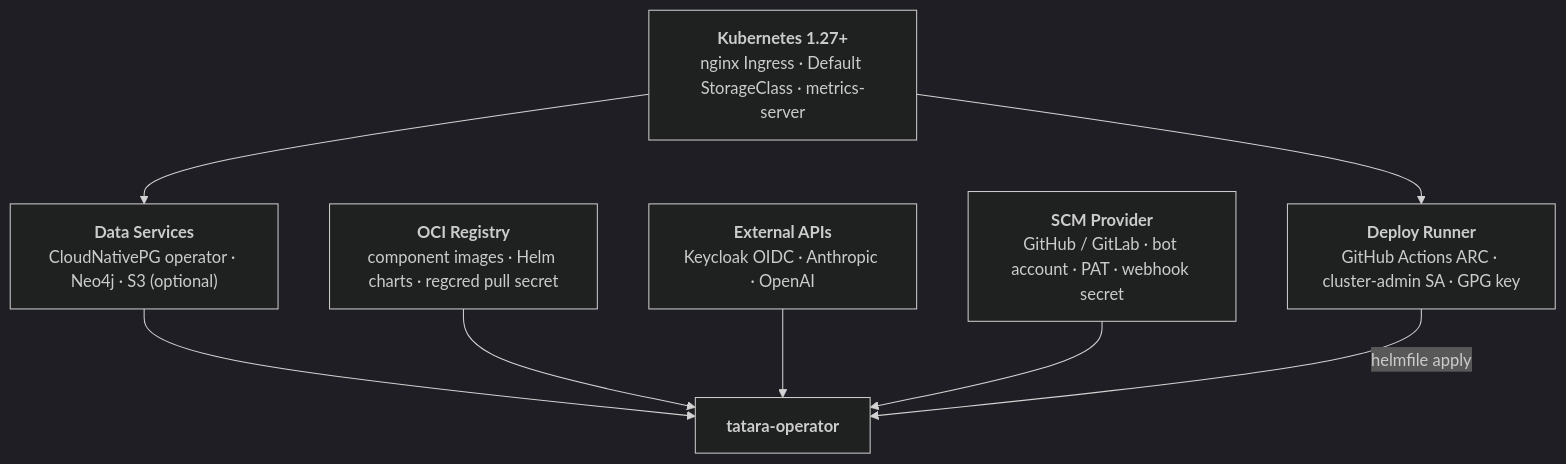
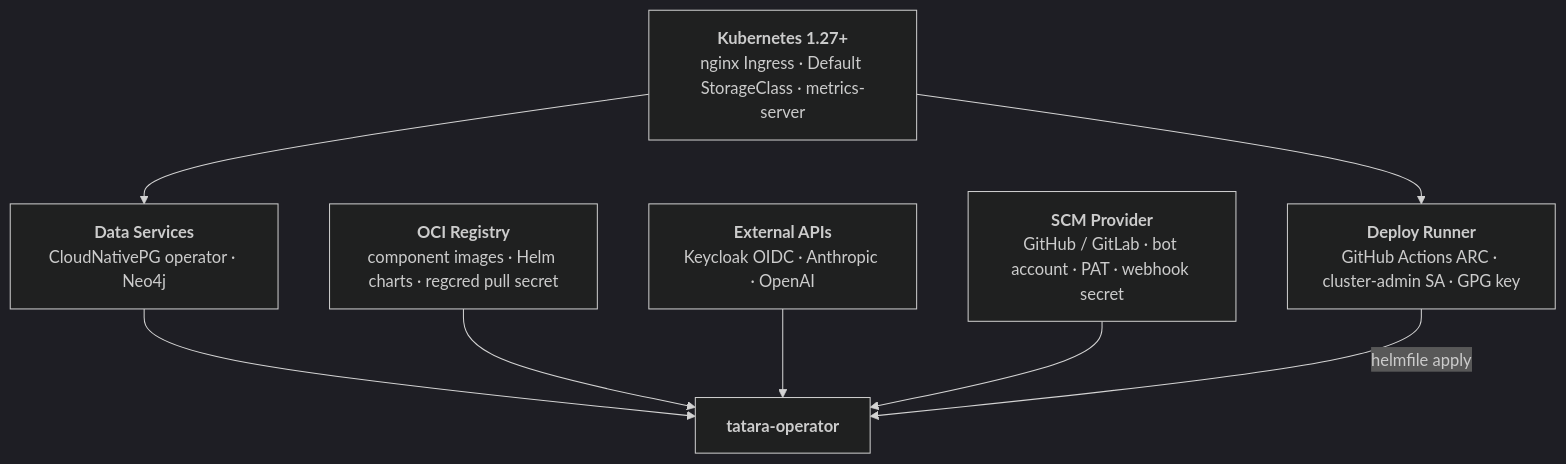
Before and after one commit to szymonrychu/tatara-documentation: the diagram in docs/getting-started/prerequisites.md, drawn with Mermaid (dark theme). The commit also changed other lines of this file and 63 other files, not shown here.

First line of the commit message:
feat!: document the task-centric architecture (Issue/MergeRequest CRs, stage machine, operator merge) (#19)

````diff
--- a/docs/getting-started/prerequisites.md
+++ b/docs/getting-started/prerequisites.md
@@ -43,17 +42,17 @@
 ```mermaid
 graph TD
     K8S["<b>Kubernetes 1.27+</b><br/>nginx Ingress &middot; Default StorageClass &middot; metrics-server"]
-    DS["<b>Data Services</b><br/>CloudNativePG operator &middot; Neo4j &middot; S3 (optional)"]
+    DS["<b>Data Services</b><br/>CloudNativePG operator &middot; Neo4j"]
     REG["<b>OCI Registry</b><br/>component images &middot; Helm charts &middot; regcred pull secret"]
     EXT["<b>External APIs</b><br/>Keycloak OIDC &middot; Anthropic &middot; OpenAI"]
     SCM["<b>SCM Provider</b><br/>GitHub / GitLab &middot; bot account &middot; PAT &middot; webhook secret"]
     ARC["<b>Deploy Runner</b><br/>GitHub Actions ARC &middot; cluster-admin SA &middot; GPG key"]
 
     K8S --> DS
     K8S --> ARC
     DS --> OP
     REG --> OP
     EXT --> OP
     SCM --> OP
     ARC -->|"helmfile apply"| OP["<b>tatara-operator</b>"]
 ```
````
